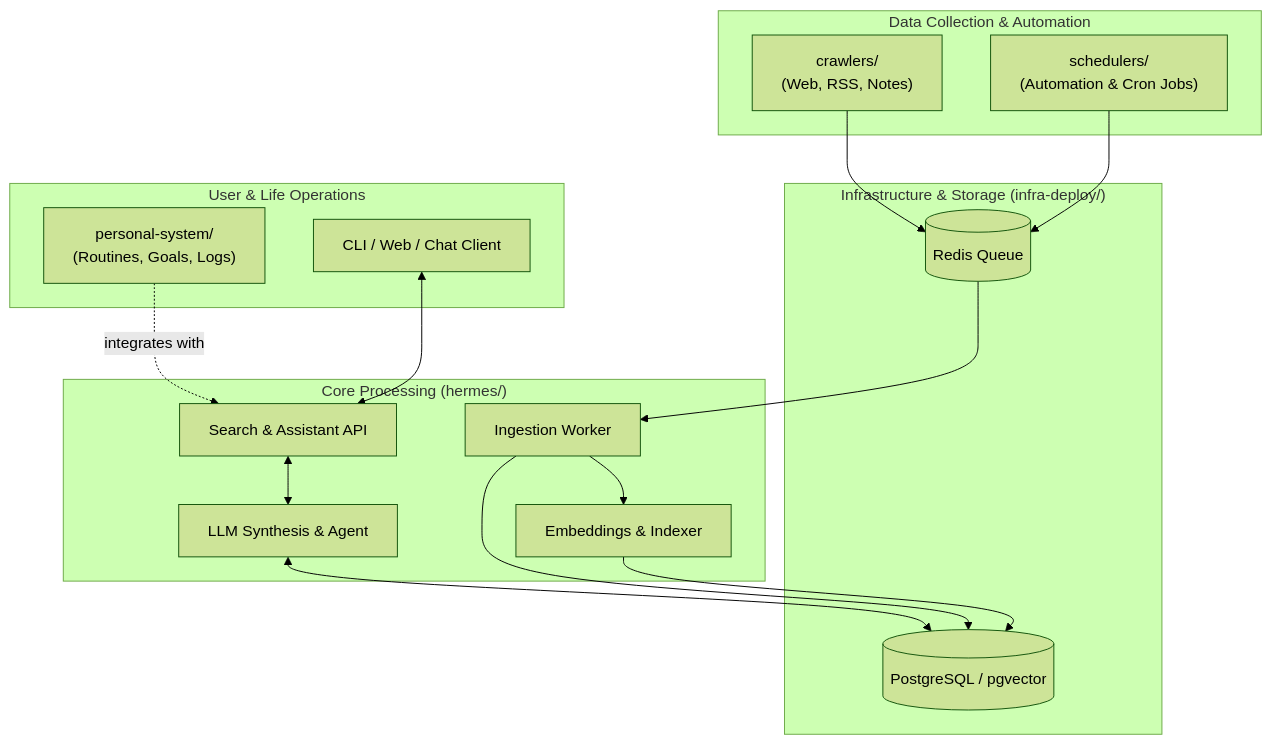
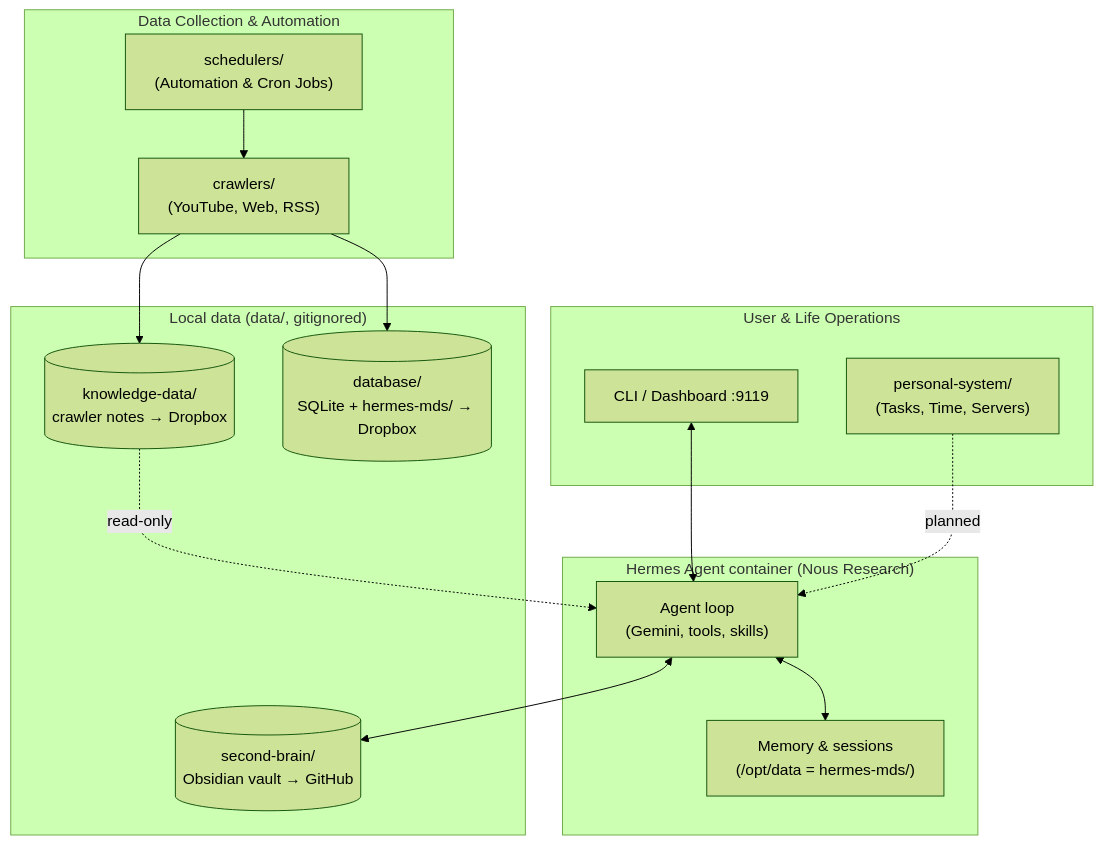
Before and after one commit to vitorecomp/personal-life-manager: the diagram in documentation/architecture.md, drawn with Mermaid (forest theme). The commit also changed other lines of this file and 18 other files, not shown here.

````diff
--- a/documentation/architecture.md
+++ b/documentation/architecture.md
@@ -5,36 +5,33 @@
 ```mermaid
 flowchart TD
     subgraph DataCollection["Data Collection & Automation"]
-        C["crawlers/\n(Web, RSS, Notes)"]
+        C["crawlers/\n(YouTube, Web, RSS)"]
         S["schedulers/\n(Automation & Cron Jobs)"]
     end
 
-    subgraph InfraLayer["Infrastructure & Storage (infra-deploy/)"]
-        DB[("PostgreSQL / pgvector")]
-        Redis[("Redis Queue")]
+    subgraph LocalData["Local data (data/, gitignored)"]
+        SB[("second-brain/\nObsidian vault → GitHub")]
+        KD[("knowledge-data/\ncrawler notes → Dropbox")]
+        DB[("database/\nSQLite + hermes-mds/ → Dropbox")]
     end
 
-    subgraph CoreEngine["Core Processing (hermes/)"]
-        Ingest["Ingestion Worker"]
-        Index["Embeddings & Indexer"]
-        LLM["LLM Synthesis & Agent"]
-        API["Search & Assistant API"]
+    subgraph CoreEngine["Hermes Agent container (Nous Research)"]
+        Agent["Agent loop\n(Gemini, tools, skills)"]
+        Memory["Memory & sessions\n(/opt/data = hermes-mds/)"]
     end
 
     subgraph UserInterface["User & Life Operations"]
-        PS["personal-system/\n(Routines, Goals, Logs)"]
-        Client["CLI / Web / Chat Client"]
+        PS["personal-system/\n(Tasks, Time, Servers)"]
+        Client["CLI / Dashboard :9119"]
     end
 
-    C --> Redis
-    S --> Redis
-    Redis --> Ingest
-    Ingest --> DB
-    Ingest --> Index
-    Index --> DB
+    C --> KD
+    C --> DB
+    S --> C
 
-    Client <--> API
-    API <--> LLM
-    LLM <--> DB
-    PS -. integrates with .-> API
+    Client <--> Agent
+    Agent <--> Memory
+    Agent <--> SB
+    KD -. read-only .-> Agent
+    PS -. planned .-> Agent
 ```
````
